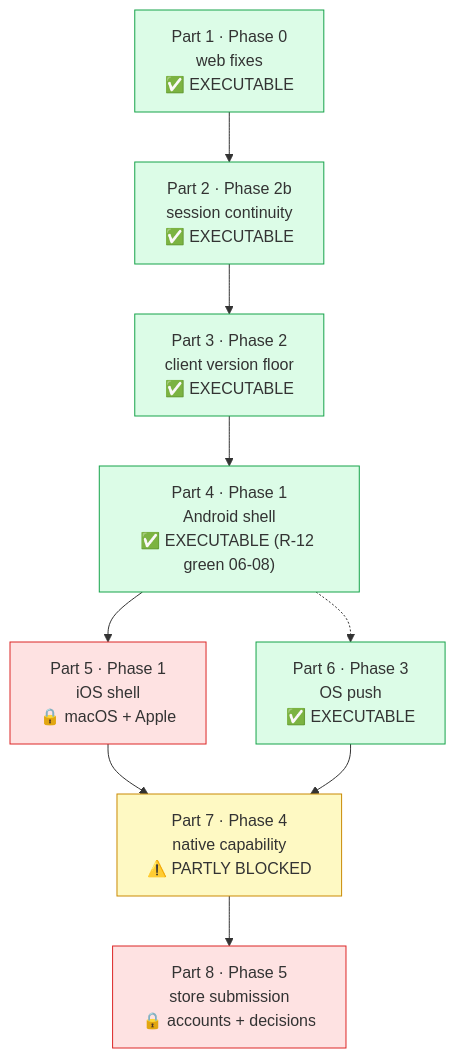
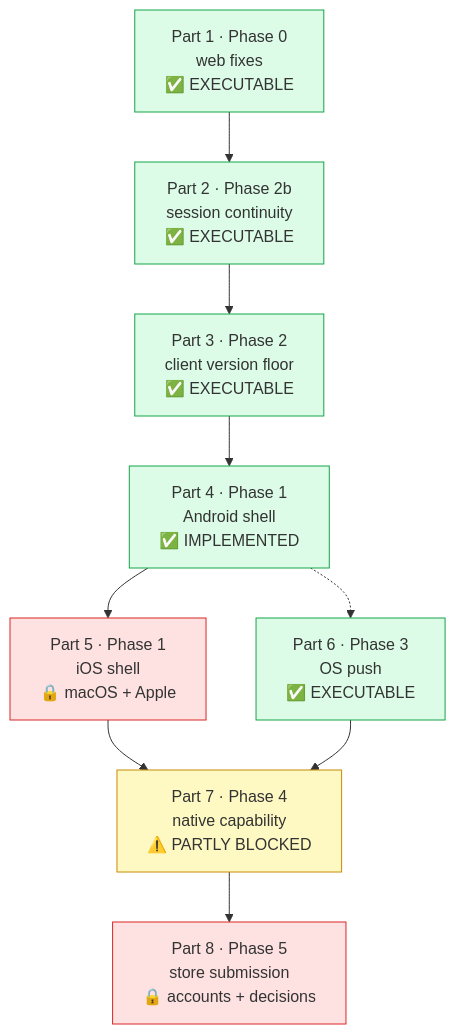
One commit to oumayma-404/clinic-management changed the diagram in features/mobile-native-shells/stories/README.md. Above: the diagram before and after it, drawn with Mermaid. The commit also changed other lines of this file and 36 other files, not shown here.

````diff
--- a/features/mobile-native-shells/stories/README.md
+++ b/features/mobile-native-shells/stories/README.md
@@ -33,20 +33,20 @@
 ```mermaid
 graph TD
     P1["Part 1 · Phase 0<br/>web fixes<br/>✅ EXECUTABLE"] --> P2["Part 2 · Phase 2b<br/>session continuity<br/>✅ EXECUTABLE"]
     P2 --> P3["Part 3 · Phase 2<br/>client version floor<br/>✅ EXECUTABLE"]
-    P3 --> P4["Part 4 · Phase 1<br/>Android shell<br/>✅ EXECUTABLE (R-12 green 06-08)"]
+    P3 --> P4["Part 4 · Phase 1<br/>Android shell<br/>✅ IMPLEMENTED"]
     P4 --> P5["Part 5 · Phase 1<br/>iOS shell<br/>🔒 macOS + Apple"]
     P4 -.-> P6["Part 6 · Phase 3<br/>OS push<br/>✅ EXECUTABLE"]
     P5 --> P7["Part 7 · Phase 4<br/>native capability<br/>⚠️ PARTLY BLOCKED"]
     P6 --> P7
     P7 --> P8["Part 8 · Phase 5<br/>store submission<br/>🔒 accounts + decisions"]
 
     style P1 fill:#dcfce7,stroke:#16a34a
     style P2 fill:#dcfce7,stroke:#16a34a
     style P3 fill:#dcfce7,stroke:#16a34a
     style P4 fill:#dcfce7,stroke:#16a34a
     style P5 fill:#fee2e2,stroke:#dc2626
     style P6 fill:#dcfce7,stroke:#16a34a
     style P7 fill:#fef9c3,stroke:#ca8a04
     style P8 fill:#fee2e2,stroke:#dc2626
 ```
````
